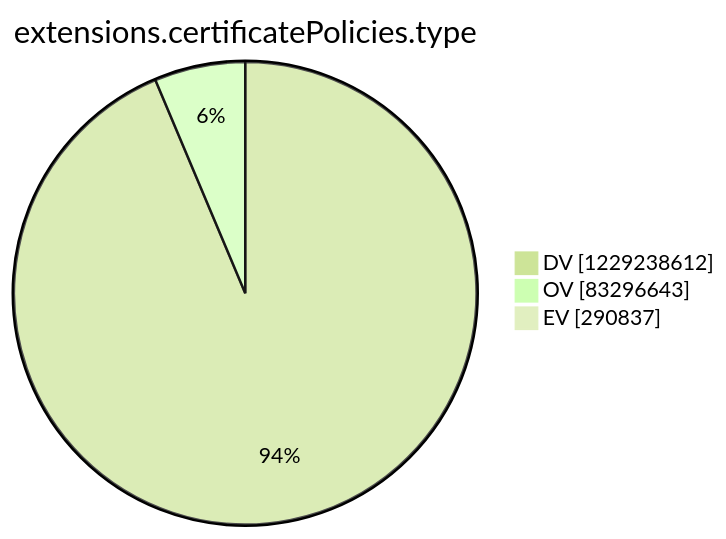
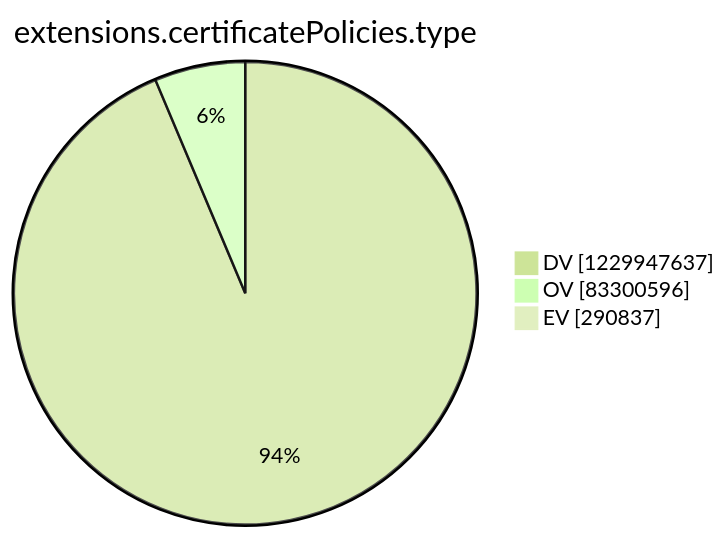
The tenth of 15 diagrams in argon2022/README.md (christiankrug/ctmonitor_visualization), drawn with Mermaid (forest theme) before and after one commit. The commit also changed other lines of this file, not shown here.

````diff
--- a/argon2022/README.md
+++ b/argon2022/README.md
@@ -2770,7 +2770,7 @@
 ```mermaid
 pie showData
 title extensions.certificatePolicies.type
-"DV" :1229238612
-"OV" :83296643
+"DV" :1229947637
+"OV" :83300596
 "EV" :290837
 ```
````
